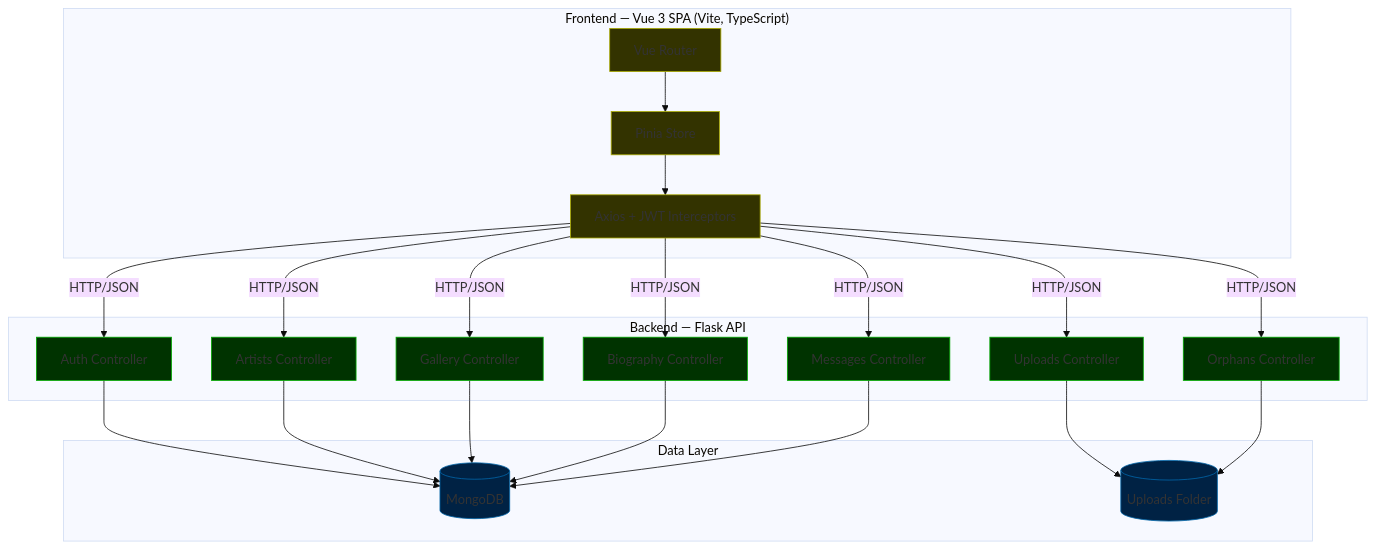
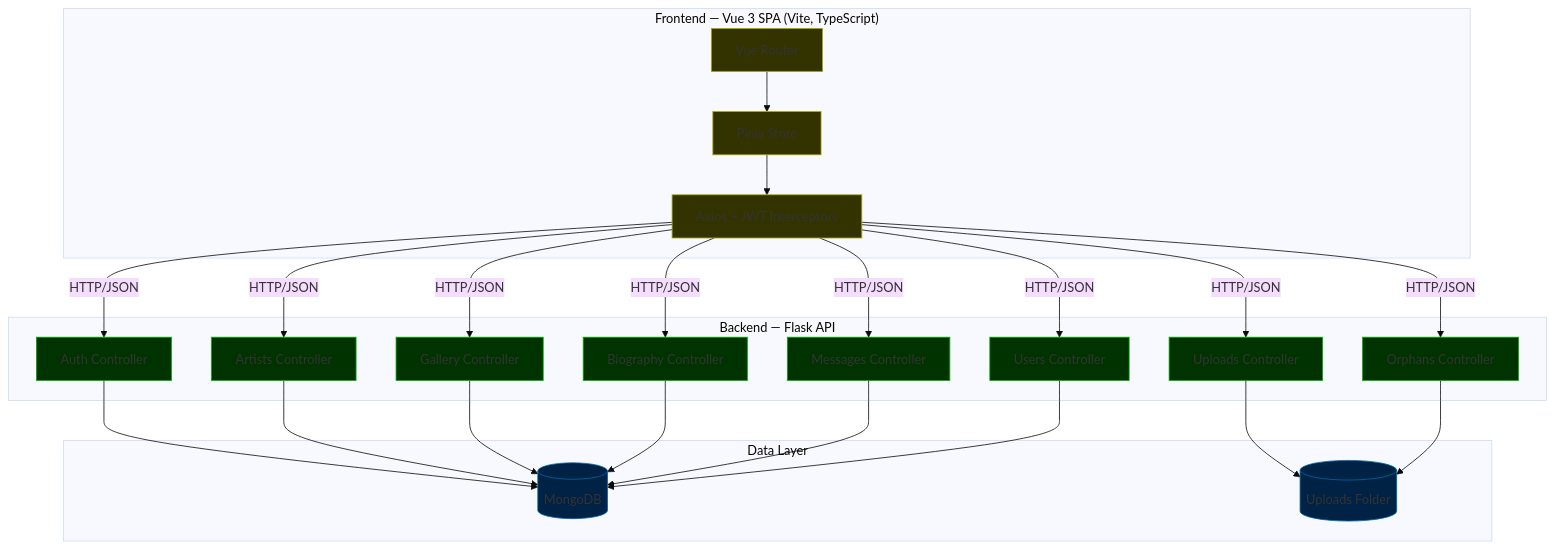
Before and after one commit to hakamir/Portfolio-Block-3: the first of 8 diagrams in README.md, drawn with Mermaid (base theme). The commit also changed other lines of this file and 5 other files, not shown here.

First line of the commit message:
doc(users): add user management endpoints and role-based access control

````diff
--- a/README.md
+++ b/README.md
@@ -79,33 +79,34 @@
 ```mermaid
 flowchart TB
     classDef blue fill: #024, stroke: #06a
     classDef yellow fill: #330, stroke: #aa0
     classDef green fill: #030, stroke: #0a0
 
     subgraph Frontend["Frontend — Vue 3 SPA (Vite, TypeScript)"]
         Router[Vue Router]:::yellow
         Pinia[Pinia Store]:::yellow
         Axios[Axios + JWT Interceptors]:::yellow
     end
 
     subgraph Backend["Backend — Flask API"]
         Auth[Auth Controller]:::green
         Artists[Artists Controller]:::green
         Gallery[Gallery Controller]:::green
         Bio[Biography Controller]:::green
         Messages[Messages Controller]:::green
         Uploads[Uploads Controller]:::green
         Orphans[Orphans Controller]:::green
+        User[Users Controller]:::green
     end
 
     subgraph Data["Data Layer"]
         Mongo[(MongoDB)]:::blue
         FS[(Uploads Folder)]:::blue
     end
 
     Router --> Pinia
     Pinia --> Axios
-    Axios -->|HTTP/JSON| Auth & Artists & Gallery & Bio & Messages & Uploads & Orphans
-    Auth & Artists & Gallery & Bio & Messages --> Mongo
+    Axios -->|HTTP/JSON| Auth & Artists & Gallery & Bio & Messages & Uploads & Orphans & User
+    Auth & Artists & Gallery & Bio & Messages & User --> Mongo
     Uploads & Orphans --> FS
 ```
````
